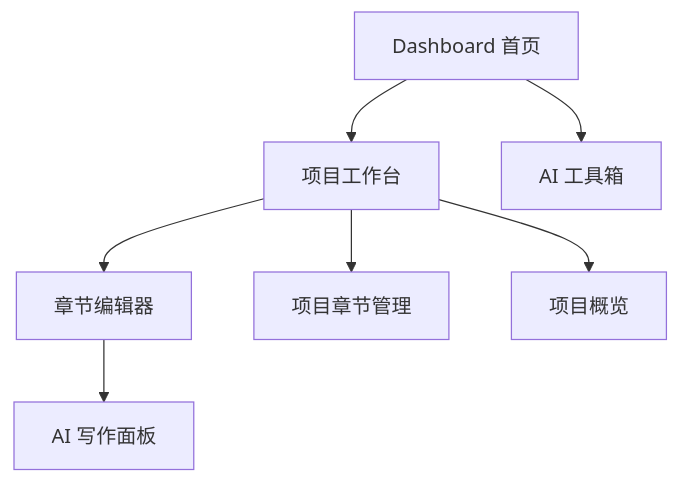
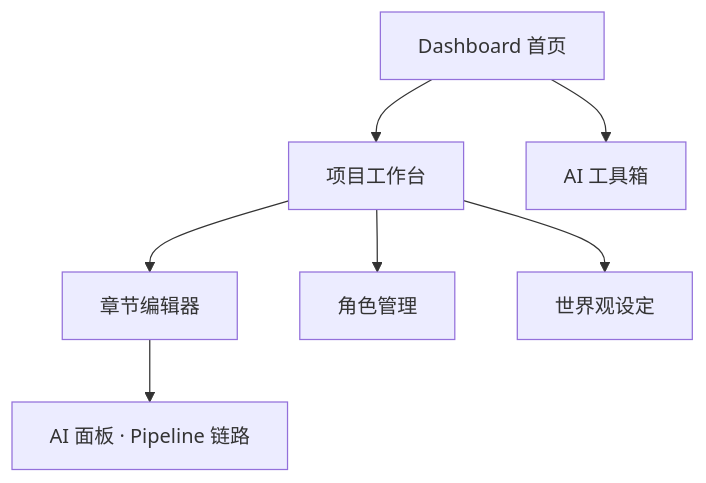
The diagram in PLAN.md (jy09320/StoryWeave), drawn with Mermaid before and after one commit. The commit also changed other lines of this file and 12 other files, not shown here.

````diff
--- a/PLAN.md
+++ b/PLAN.md
@@ -58,9 +54,9 @@
 ```mermaid
 flowchart TD
   A[Dashboard 首页] --> B[项目工作台]
   B --> C[章节编辑器]
-  C --> D[AI 写作面板]
-  A --> E[AI 工具箱]
-  B --> F[项目章节管理]
-  B --> G[项目概览]
+  C --> D[AI 面板 · Pipeline 链路]
+  B --> E[角色管理]
+  B --> F[世界观设定]
+  A --> G[AI 工具箱]
 ```
````
